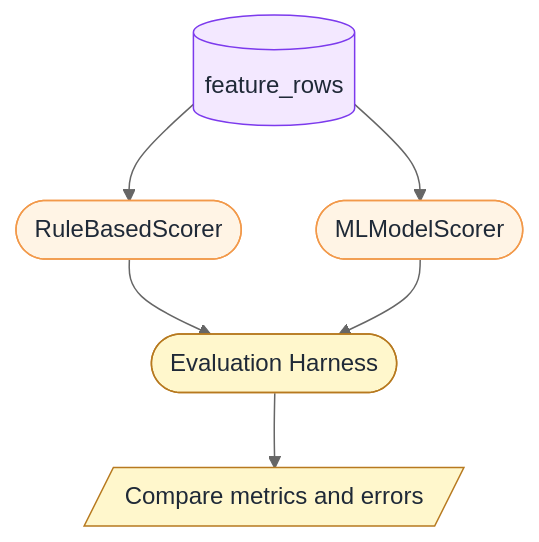
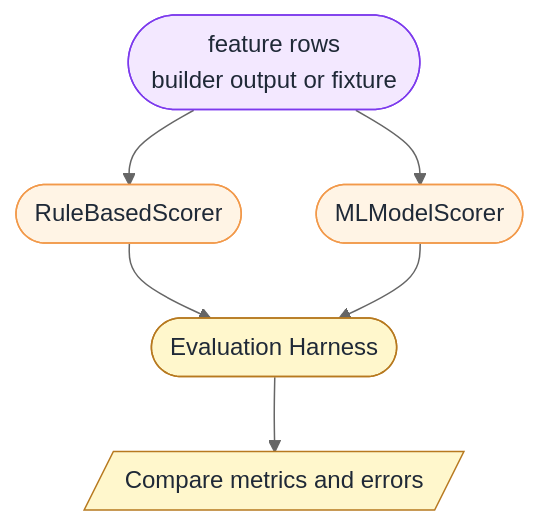
One commit to tasuku43/abuse-detection-learning changed diagram 13 of 16 in docs/design/evaluation_harness_architecture_mermaid_ja.md. Above: the diagram before and after it, drawn with Mermaid (neutral theme). The commit also changed other lines of this file and 3 other files, not shown here.

Commit message:
docs: refine scoring architecture notes

````diff
--- a/docs/design/evaluation_harness_architecture_mermaid_ja.md
+++ b/docs/design/evaluation_harness_architecture_mermaid_ja.md
@@ -353,12 +430,12 @@
 ```mermaid
 flowchart TD
   classDef table fill:#F3E8FF,stroke:#7C3AED,color:#1F2937
   classDef scorer fill:#FFF4E5,stroke:#F2994A,color:#1F2937
   classDef eval fill:#FFF7CC,stroke:#B7791F,color:#1F2937
 
-  FR[(feature_rows)]:::table --> RBS([RuleBasedScorer]):::scorer
+  FR([feature rows<br/>builder output or fixture]):::table --> RBS([RuleBasedScorer]):::scorer
   FR --> MLS([MLModelScorer]):::scorer
   RBS --> EVAL([Evaluation Harness]):::eval
   MLS --> EVAL
   EVAL --> CMP[/Compare metrics and errors/]:::eval
 ```
````
